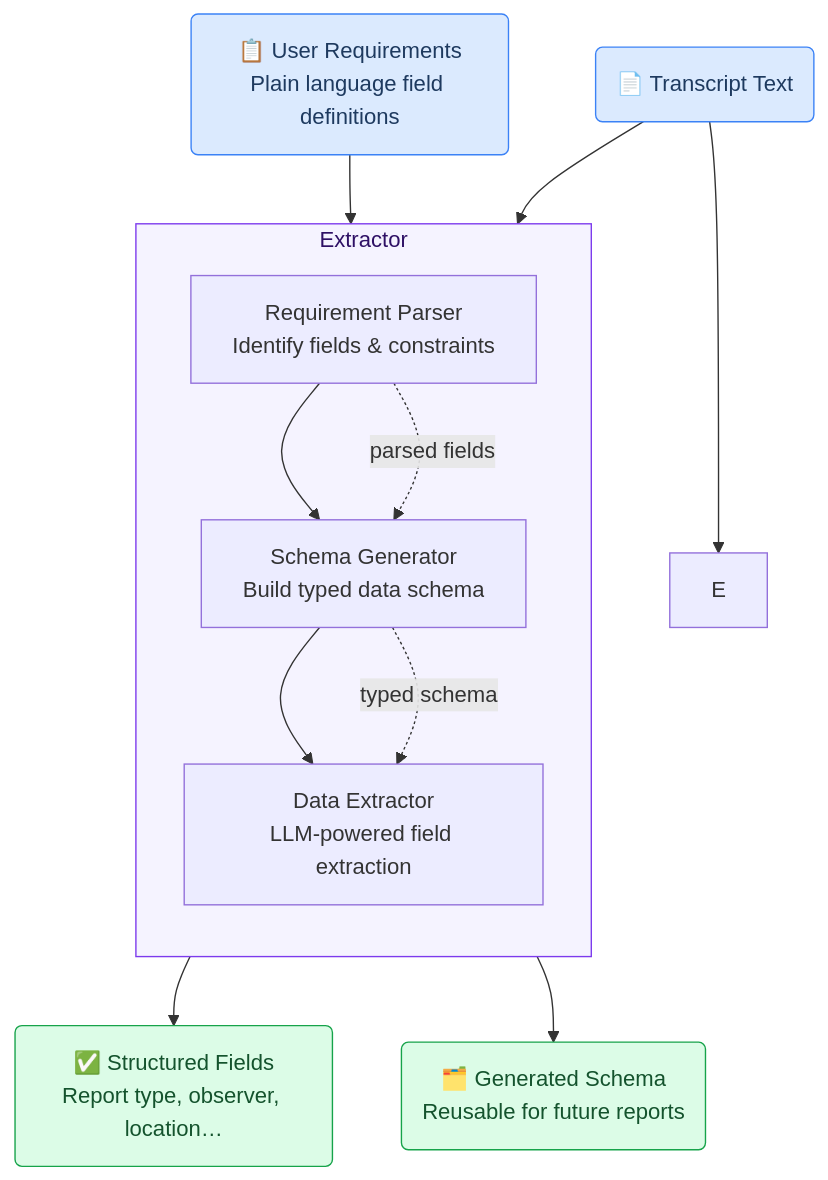
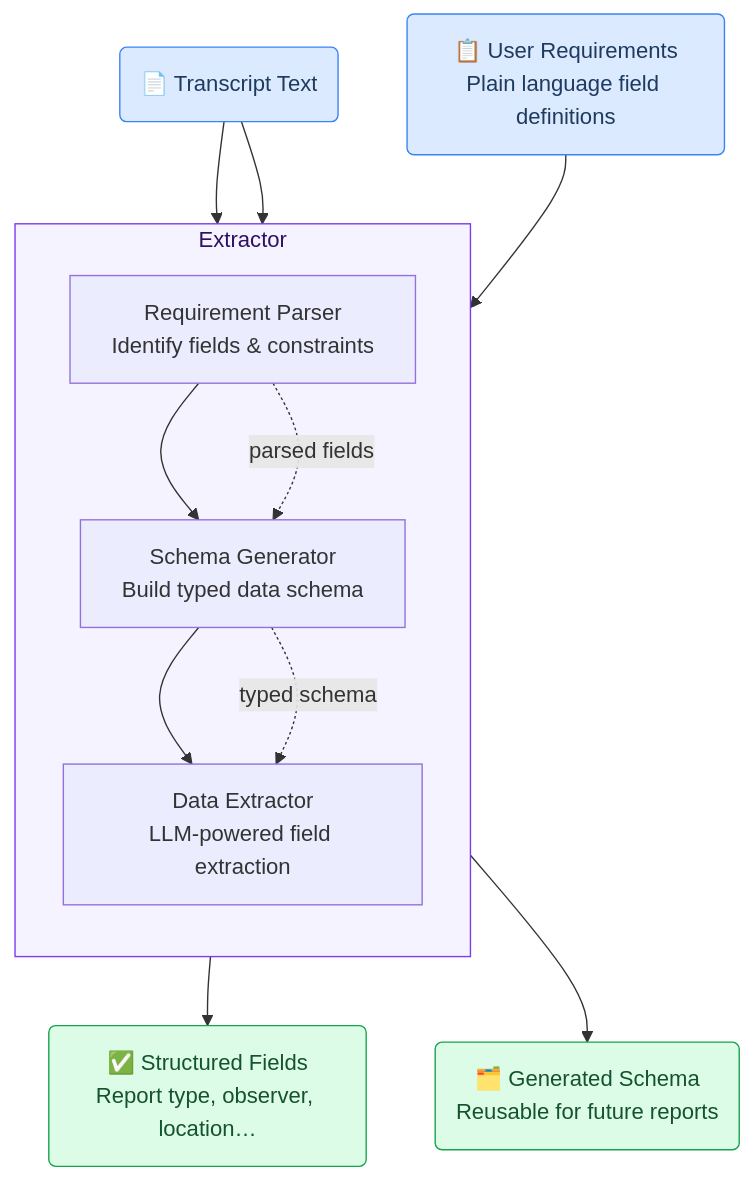
Before and after one commit to GAIK-project/gaik-toolkit: the third of 4 diagrams in use_cases/Incident_reporting.md, drawn with Mermaid.

Commit message:
Updated the incident reporting use case

````diff
--- a/use_cases/Incident_reporting.md
+++ b/use_cases/Incident_reporting.md
@@ -100,26 +100,26 @@
 ```mermaid
 flowchart TD
-    A("📄 Transcript Text") --> E
+    A("📄 Transcript Text") --> DE
     B("📋 User Requirements<br/>Plain language field definitions") --> RP
 
     subgraph EXT["Extractor"]
         direction TB
         RP["Requirement Parser<br/>Identify fields & constraints"]
         SG["Schema Generator<br/>Build typed data schema"]
         DE["Data Extractor<br/>LLM-powered field extraction"]
         RP --> SG --> DE
     end
 
     A --> DE
     RP -.->|"parsed fields"| SG
     SG -.->|"typed schema"| DE
 
     EXT --> C("✅ Structured Fields<br/>Report type, observer, location…")
     EXT --> D("🗂️ Generated Schema<br/>Reusable for future reports")
 
     style A fill:#dbeafe,stroke:#3b82f6,color:#1e3a5f
     style B fill:#dbeafe,stroke:#3b82f6,color:#1e3a5f
     style C fill:#dcfce7,stroke:#16a34a,color:#14532d
     style D fill:#dcfce7,stroke:#16a34a,color:#14532d
     style EXT fill:#f5f3ff,stroke:#7c3aed,color:#2e1065
 ```
````
